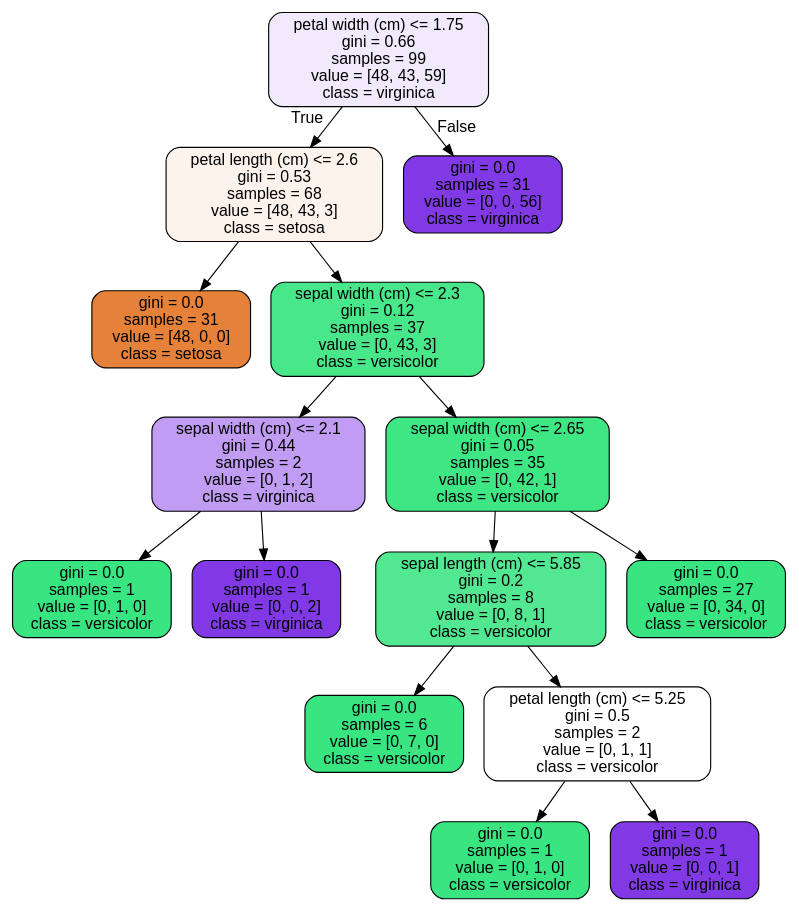
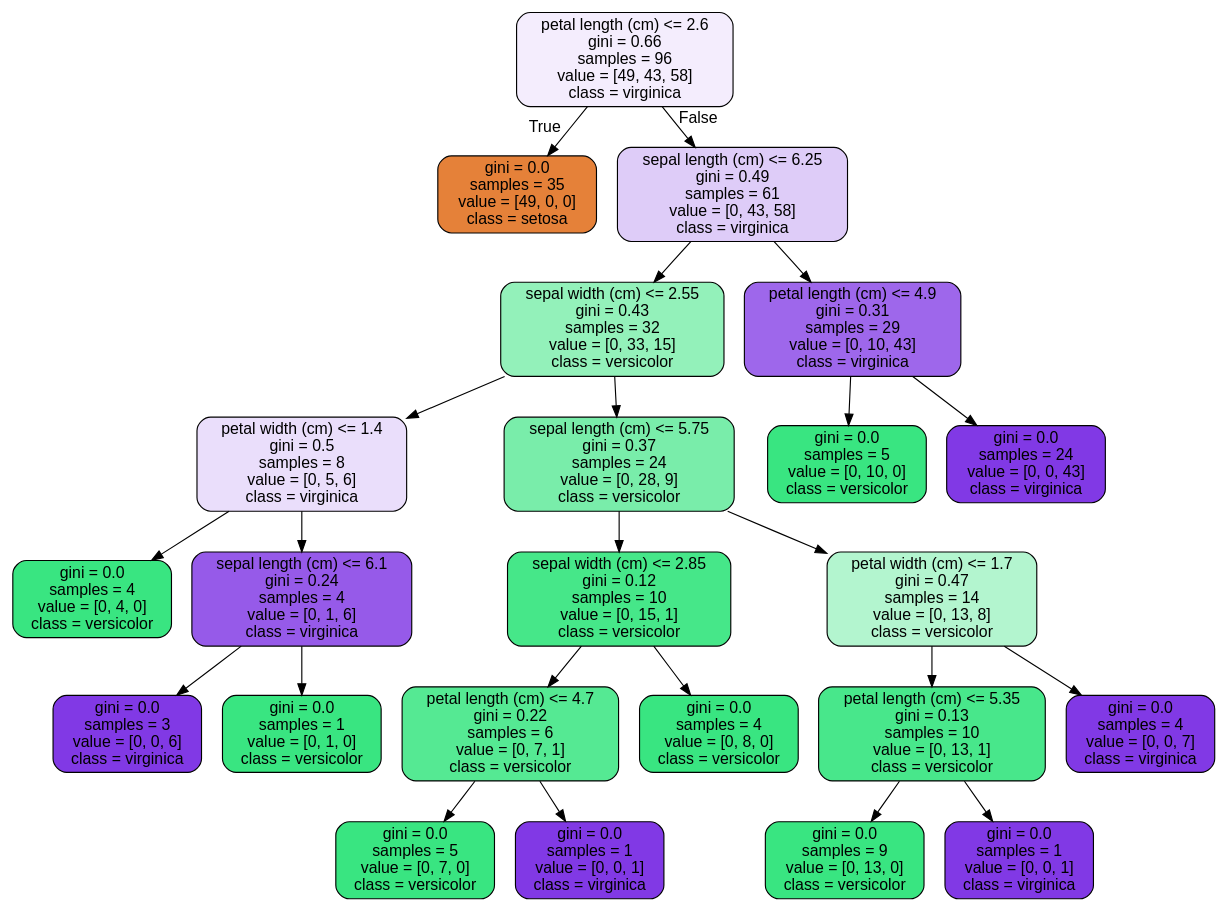
One commit to sajsafari/Springboard changed the diagram in RandomForest_Covid_Case_Study_06302020/RandomForest Covid Case Study_06302020/tree.dot. Above: the diagram before and after it, drawn with Graphviz. The commit also changed 3 other files, not shown here.

```diff
--- a/RandomForest_Covid_Case_Study_06302020/RandomForest Covid Case Study_06302020/tree.dot
+++ b/RandomForest_Covid_Case_Study_06302020/RandomForest Covid Case Study_06302020/tree.dot
@@ -1,33 +1,49 @@
 digraph Tree {
 node [shape=box, style="filled, rounded", color="black", fontname=helvetica] ;
 edge [fontname=helvetica] ;
-0 [label="petal width (cm) <= 1.75\ngini = 0.66\nsamples = 99\nvalue = [48, 43, 59]\nclass = virginica", fillcolor="#f1eafc"] ;
-1 [label="petal length (cm) <= 2.6\ngini = 0.53\nsamples = 68\nvalue = [48, 43, 3]\nclass = setosa", fillcolor="#fcf3ec"] ;
+0 [label="petal length (cm) <= 2.6\ngini = 0.66\nsamples = 96\nvalue = [49, 43, 58]\nclass = virginica", fillcolor="#f4edfd"] ;
+1 [label="gini = 0.0\nsamples = 35\nvalue = [49, 0, 0]\nclass = setosa", fillcolor="#e58139"] ;
 0 -> 1 [labeldistance=2.5, labelangle=45, headlabel="True"] ;
-2 [label="gini = 0.0\nsamples = 31\nvalue = [48, 0, 0]\nclass = setosa", fillcolor="#e58139"] ;
-1 -> 2 ;
-3 [label="sepal width (cm) <= 2.3\ngini = 0.12\nsamples = 37\nvalue = [0, 43, 3]\nclass = versicolor", fillcolor="#47e78a"] ;
-1 -> 3 ;
-4 [label="sepal width (cm) <= 2.1\ngini = 0.44\nsamples = 2\nvalue = [0, 1, 2]\nclass = virginica", fillcolor="#c09cf2"] ;
+2 [label="sepal length (cm) <= 6.25\ngini = 0.49\nsamples = 61\nvalue = [0, 43, 58]\nclass = virginica", fillcolor="#deccf8"] ;
+0 -> 2 [labeldistance=2.5, labelangle=-45, headlabel="False"] ;
+3 [label="sepal width (cm) <= 2.55\ngini = 0.43\nsamples = 32\nvalue = [0, 33, 15]\nclass = versicolor", fillcolor="#93f1ba"] ;
+2 -> 3 ;
+4 [label="petal width (cm) <= 1.4\ngini = 0.5\nsamples = 8\nvalue = [0, 5, 6]\nclass = virginica", fillcolor="#eadefb"] ;
 3 -> 4 ;
-5 [label="gini = 0.0\nsamples = 1\nvalue = [0, 1, 0]\nclass = versicolor", fillcolor="#39e581"] ;
+5 [label="gini = 0.0\nsamples = 4\nvalue = [0, 4, 0]\nclass = versicolor", fillcolor="#39e581"] ;
 4 -> 5 ;
-6 [label="gini = 0.0\nsamples = 1\nvalue = [0, 0, 2]\nclass = virginica", fillcolor="#8139e5"] ;
+6 [label="sepal length (cm) <= 6.1\ngini = 0.24\nsamples = 4\nvalue = [0, 1, 6]\nclass = virginica", fillcolor="#965ae9"] ;
 4 -> 6 ;
-7 [label="sepal width (cm) <= 2.65\ngini = 0.05\nsamples = 35\nvalue = [0, 42, 1]\nclass = versicolor", fillcolor="#3ee684"] ;
-3 -> 7 ;
-8 [label="sepal length (cm) <= 5.85\ngini = 0.2\nsamples = 8\nvalue = [0, 8, 1]\nclass = versicolor", fillcolor="#52e891"] ;
-7 -> 8 ;
-9 [label="gini = 0.0\nsamples = 6\nvalue = [0, 7, 0]\nclass = versicolor", fillcolor="#39e581"] ;
-8 -> 9 ;
-10 [label="petal length (cm) <= 5.25\ngini = 0.5\nsamples = 2\nvalue = [0, 1, 1]\nclass = versicolor", fillcolor="#ffffff"] ;
-8 -> 10 ;
-11 [label="gini = 0.0\nsamples = 1\nvalue = [0, 1, 0]\nclass = versicolor", fillcolor="#39e581"] ;
+7 [label="gini = 0.0\nsamples = 3\nvalue = [0, 0, 6]\nclass = virginica", fillcolor="#8139e5"] ;
+6 -> 7 ;
+8 [label="gini = 0.0\nsamples = 1\nvalue = [0, 1, 0]\nclass = versicolor", fillcolor="#39e581"] ;
+6 -> 8 ;
+9 [label="sepal length (cm) <= 5.75\ngini = 0.37\nsamples = 24\nvalue = [0, 28, 9]\nclass = versicolor", fillcolor="#79edaa"] ;
+3 -> 9 ;
+10 [label="sepal width (cm) <= 2.85\ngini = 0.12\nsamples = 10\nvalue = [0, 15, 1]\nclass = versicolor", fillcolor="#46e789"] ;
+9 -> 10 ;
+11 [label="petal length (cm) <= 4.7\ngini = 0.22\nsamples = 6\nvalue = [0, 7, 1]\nclass = versicolor", fillcolor="#55e993"] ;
 10 -> 11 ;
-12 [label="gini = 0.0\nsamples = 1\nvalue = [0, 0, 1]\nclass = virginica", fillcolor="#8139e5"] ;
-10 -> 12 ;
-13 [label="gini = 0.0\nsamples = 27\nvalue = [0, 34, 0]\nclass = versicolor", fillcolor="#39e581"] ;
-7 -> 13 ;
-14 [label="gini = 0.0\nsamples = 31\nvalue = [0, 0, 56]\nclass = virginica", fillcolor="#8139e5"] ;
-0 -> 14 [labeldistance=2.5, labelangle=-45, headlabel="False"] ;
+12 [label="gini = 0.0\nsamples = 5\nvalue = [0, 7, 0]\nclass = versicolor", fillcolor="#39e581"] ;
+11 -> 12 ;
+13 [label="gini = 0.0\nsamples = 1\nvalue = [0, 0, 1]\nclass = virginica", fillcolor="#8139e5"] ;
+11 -> 13 ;
+14 [label="gini = 0.0\nsamples = 4\nvalue = [0, 8, 0]\nclass = versicolor", fillcolor="#39e581"] ;
+10 -> 14 ;
+15 [label="petal width (cm) <= 1.7\ngini = 0.47\nsamples = 14\nvalue = [0, 13, 8]\nclass = versicolor", fillcolor="#b3f5cf"] ;
+9 -> 15 ;
+16 [label="petal length (cm) <= 5.35\ngini = 0.13\nsamples = 10\nvalue = [0, 13, 1]\nclass = versicolor", fillcolor="#48e78b"] ;
+15 -> 16 ;
+17 [label="gini = 0.0\nsamples = 9\nvalue = [0, 13, 0]\nclass = versicolor", fillcolor="#39e581"] ;
+16 -> 17 ;
+18 [label="gini = 0.0\nsamples = 1\nvalue = [0, 0, 1]\nclass = virginica", fillcolor="#8139e5"] ;
+16 -> 18 ;
+19 [label="gini = 0.0\nsamples = 4\nvalue = [0, 0, 7]\nclass = virginica", fillcolor="#8139e5"] ;
+15 -> 19 ;
+20 [label="petal length (cm) <= 4.9\ngini = 0.31\nsamples = 29\nvalue = [0, 10, 43]\nclass = virginica", fillcolor="#9e67eb"] ;
+2 -> 20 ;
+21 [label="gini = 0.0\nsamples = 5\nvalue = [0, 10, 0]\nclass = versicolor", fillcolor="#39e581"] ;
+20 -> 21 ;
+22 [label="gini = 0.0\nsamples = 24\nvalue = [0, 0, 43]\nclass = virginica", fillcolor="#8139e5"] ;
+20 -> 22 ;
 }
```
